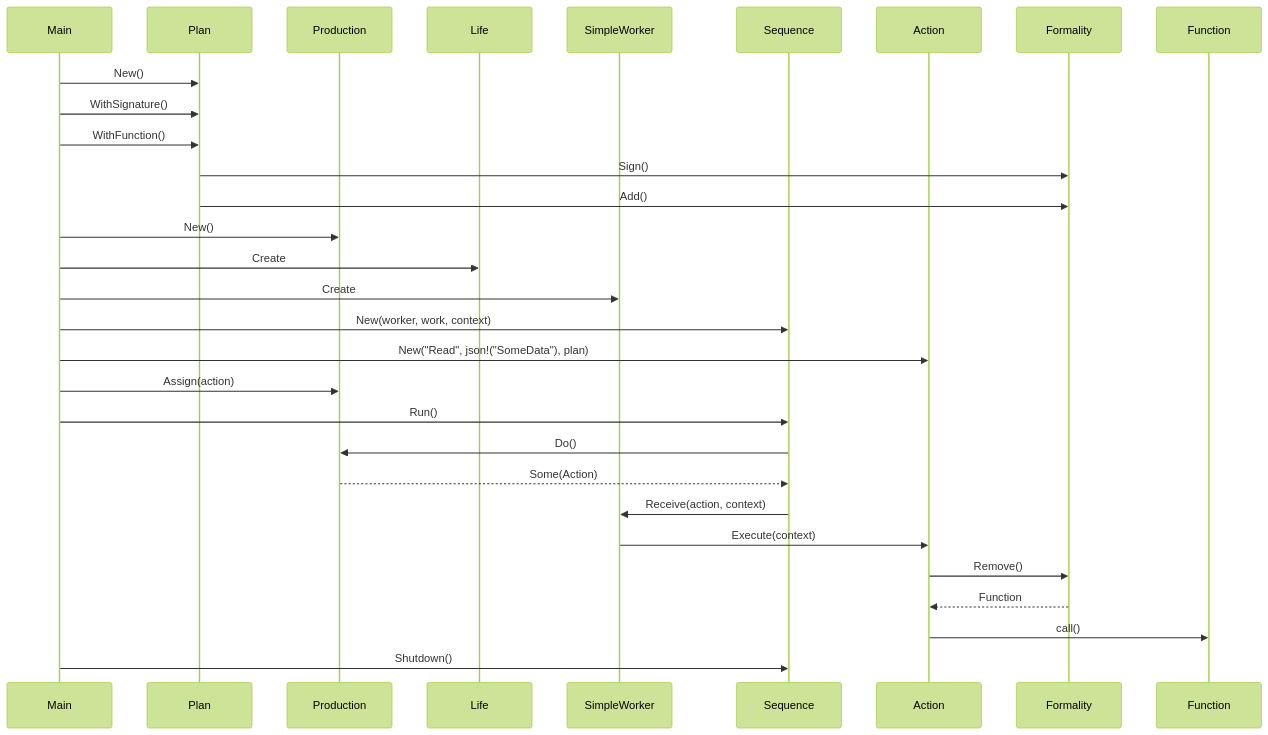
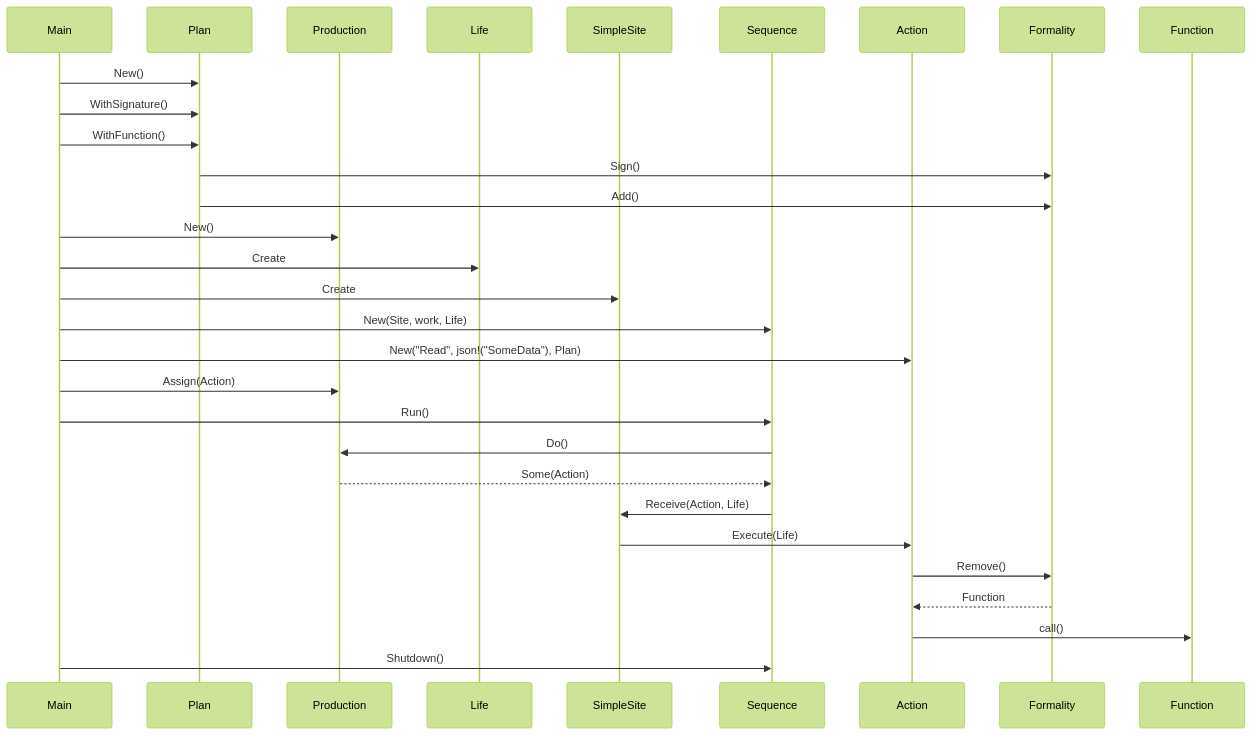
One commit to CodeEditorLand/Echo changed the second of 2 diagrams in README.md. Above: the diagram before and after it, drawn with Mermaid (forest theme). The commit also changed other lines of this file, not shown here.

````diff
--- a/README.md
+++ b/README.md
@@ -247,31 +262,31 @@
 ```mermaid
 sequenceDiagram
     participant Main
     participant Plan
     participant Production
     participant Life
-    participant SimpleWorker
+    participant SimpleSite
     participant Sequence
     participant Action
 
     Main->>Plan: New()
     Main->>Plan: WithSignature()
     Main->>Plan: WithFunction()
     Plan->>Formality: Sign()
     Plan->>Formality: Add()
     Main->>Production: New()
     Main->>Life: Create
-    Main->>SimpleWorker: Create
-    Main->>Sequence: New(worker, work, context)
-    Main->>Action: New("Read", json!("SomeData"), plan)
-    Main->>Production: Assign(action)
+    Main->>SimpleSite: Create
+    Main->>Sequence: New(Site, work, Life)
+    Main->>Action: New("Read", json!("SomeData"), Plan)
+    Main->>Production: Assign(Action)
     Main->>Sequence: Run()
     Sequence->>Production: Do()
     Production-->>Sequence: Some(Action)
-    Sequence->>SimpleWorker: Receive(action, context)
-    SimpleWorker->>Action: Execute(context)
+    Sequence->>SimpleSite: Receive(Action, Life)
+    SimpleSite->>Action: Execute(Life)
     Action->>Formality: Remove()
     Formality-->>Action: Function
     Action->>Function: call()
     Main->>Sequence: Shutdown()
 ```
````
